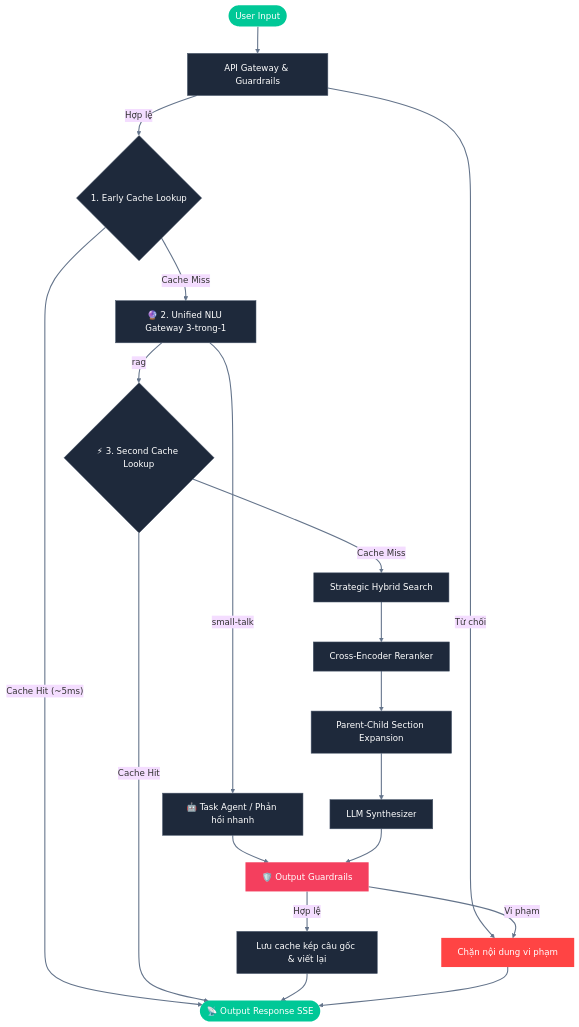
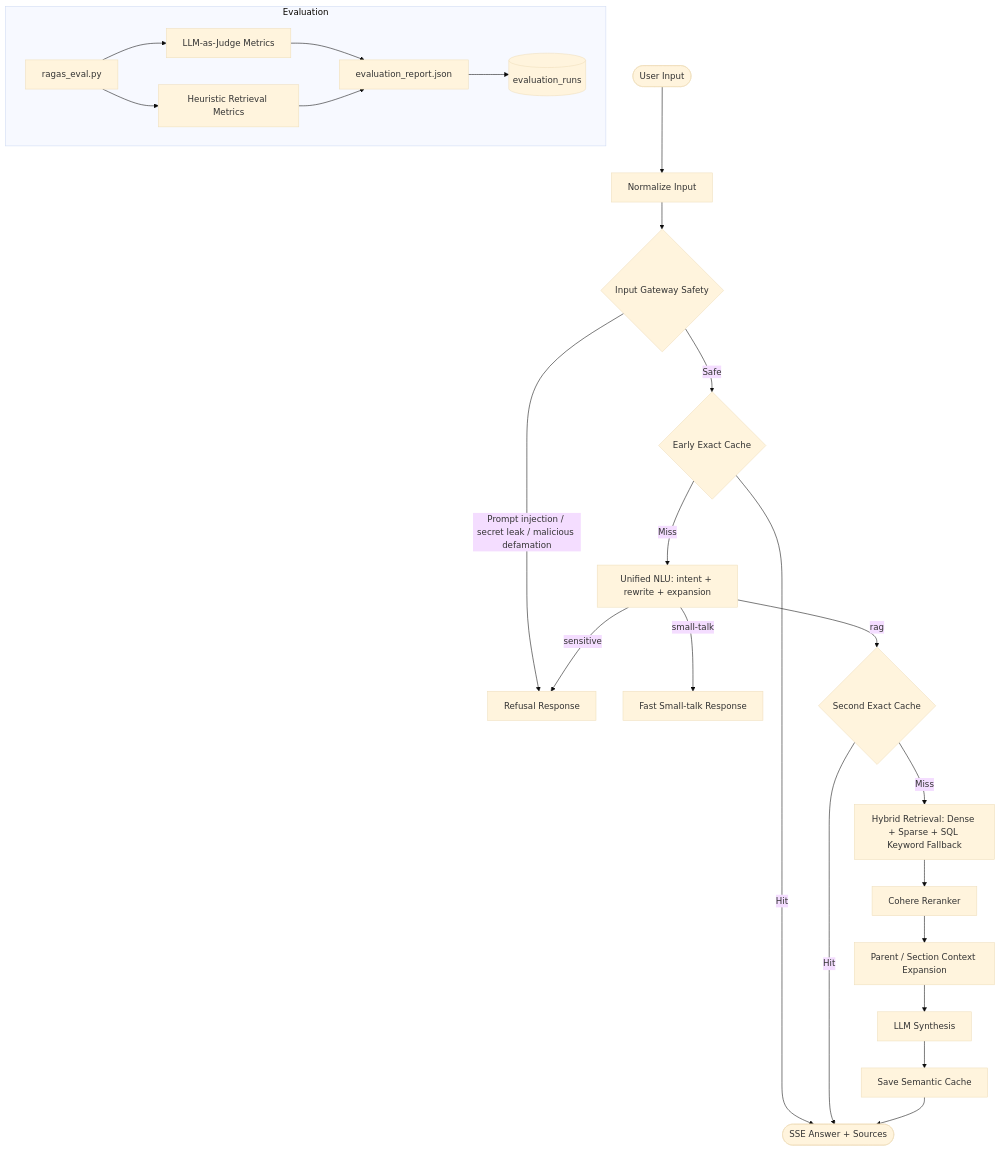
One commit to dungltcn272/XANH_SM_AI_ASSISTANT_V1 changed the diagram in PIPELINE.md. Above: the diagram before and after it, drawn with Mermaid (base theme). The commit also changed other lines of this file and 7 other files, not shown here.

````diff
--- a/PIPELINE.md
+++ b/PIPELINE.md
@@ -7,37 +7,30 @@
 ```mermaid
 graph TD
-    A([User Input]):::input --> B[API Gateway & Guardrails]
-    
-    B -- Từ chối --> C[Chặn nội dung vi phạm]:::error
-    B -- Hợp lệ --> D{1. Early Cache Lookup}
-    
-    D -- Cache Hit (~5ms) --> K([📡 Output Response SSE]):::input
-    D -- Cache Miss --> E[🔮 2. Unified NLU Gateway 3-trong-1]
-    
-    E -- small-talk --> F[🤖 Task Agent / Phản hồi nhanh]
-    E -- rag --> G{⚡ 3. Second Cache Lookup}
-    
-    G -- Cache Hit --> K
-    G -- Cache Miss --> H[Strategic Hybrid Search]
-    
-    H --> I[Cross-Encoder Reranker]
-    I --> J[Parent-Child Section Expansion]
-    J --> L[LLM Synthesizer]
-    
-    %% Hai luồng sinh mới đi qua Output Guardrail
-    F --> GuardOut[🛡️ Output Guardrails]:::guard
-    L --> GuardOut
-    
-    %% Phân tách an toàn đầu ra
-    GuardOut -- Vi phạm --> C
-    GuardOut -- Hợp lệ --> M[Lưu cache kép câu gốc & viết lại]
-    M --> K
-    C --> K
-    
-    classDef input fill:#00c897,color:#fff,stroke-width:0px,border-radius:20px;
-    classDef error fill:#ff4444,color:#fff,stroke-width:0px;
-    classDef guard fill:#f43f5e,color:#fff,stroke-width:0px;
-    
-    classDef default fill:#1e293b,color:#fff,stroke:#475569,stroke-width:1px;
-    linkStyle default stroke:#64748b,stroke-width:2px;
+    A([User Input]) --> B[Normalize Input]
+    B --> C{Input Gateway Safety}
+    C -- Prompt injection / secret leak / malicious defamation --> X[Refusal Response]
+    C -- Safe --> D{Early Exact Cache}
+
+    D -- Hit --> O([SSE Answer + Sources])
+    D -- Miss --> E[Unified NLU: intent + rewrite + expansion]
+
+    E -- small-talk --> S[Fast Small-talk Response]
+    E -- sensitive --> X
+    E -- rag --> F{Second Exact Cache}
+
+    F -- Hit --> O
+    F -- Miss --> G[Hybrid Retrieval: Dense + Sparse + SQL Keyword Fallback]
+    G --> H[Cohere Reranker]
+    H --> I[Parent / Section Context Expansion]
+    I --> J[LLM Synthesis]
+    J --> K[Save Semantic Cache]
+    K --> O
+
+    subgraph Evaluation
+      R[ragas_eval.py] --> L[LLM-as-Judge Metrics]
+      R --> M[Heuristic Retrieval Metrics]
+      L --> N[evaluation_report.json]
+      M --> N
+      N --> P[(evaluation_runs)]
+    end
 ```
````
